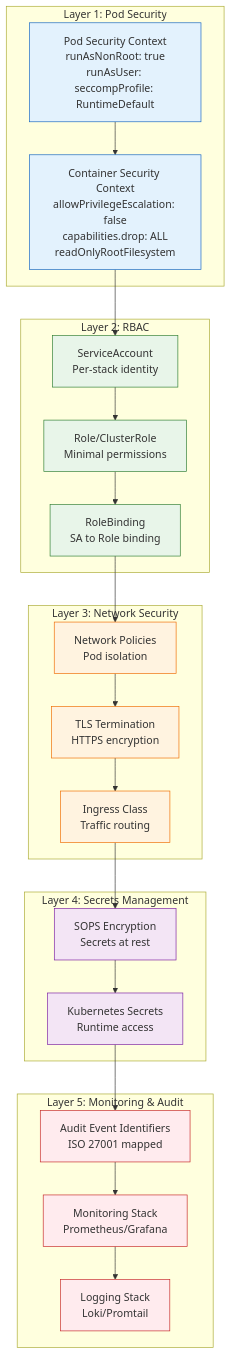
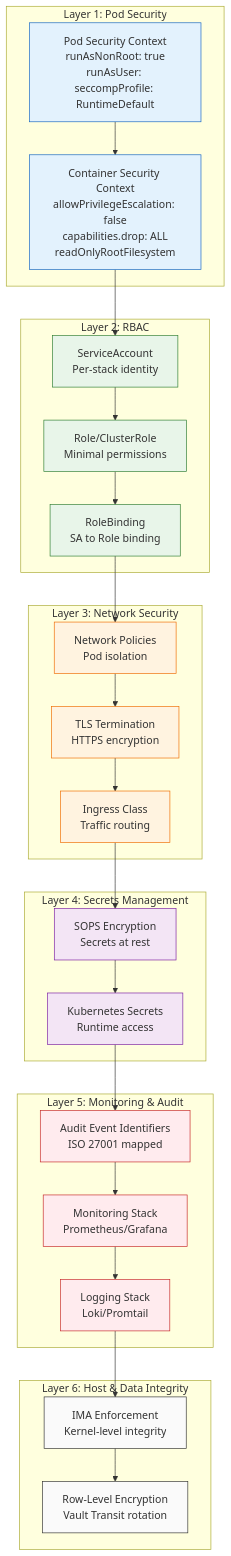
Before and after one commit to allaunthefox/deploy-system-unified: the diagram in docs/deployment/mermaid/07_security_architecture.md, drawn with Mermaid. The commit also changed other lines of this file and 1971 other files, not shown here.

````diff
--- a/docs/deployment/mermaid/07_security_architecture.md
+++ b/docs/deployment/mermaid/07_security_architecture.md
@@ -13,55 +13,64 @@
 ```mermaid
 graph TB
     subgraph "Layer 1: Pod Security"
         PSC["Pod Security Context<br/>runAsNonRoot: true<br/>runAsUser: <app-specific><br/>seccompProfile: RuntimeDefault"]
         CSC["Container Security Context<br/>allowPrivilegeEscalation: false<br/>capabilities.drop: ALL<br/>readOnlyRootFilesystem"]
     end
 
     subgraph "Layer 2: RBAC"
         SA["ServiceAccount<br/>Per-stack identity"]
         ROLE["Role/ClusterRole<br/>Minimal permissions"]
         ROLEBIND["RoleBinding<br/>SA to Role binding"]
     end
 
     subgraph "Layer 3: Network Security"
         NP["Network Policies<br/>Pod isolation"]
         TLS["TLS Termination<br/>HTTPS encryption"]
         ING["Ingress Class<br/>Traffic routing"]
     end
 
     subgraph "Layer 4: Secrets Management"
         SOPS["SOPS Encryption<br/>Secrets at rest"]
         K8S["Kubernetes Secrets<br/>Runtime access"]
     end
 
     subgraph "Layer 5: Monitoring & Audit"
         AUDIT["Audit Event Identifiers<br/>ISO 27001 mapped"]
         MON["Monitoring Stack<br/>Prometheus/Grafana"]
         LOG["Logging Stack<br/>Loki/Promtail"]
     end
 
+    subgraph "Layer 6: Host & Data Integrity"
+        IMA["IMA Enforcement<br/>Kernel-level integrity"]
+        DBE["Row-Level Encryption<br/>Vault Transit rotation"]
+    end
+
     PSC --> CSC
     CSC --> SA
     SA --> ROLE
     ROLE --> ROLEBIND
     ROLEBIND --> NP
     NP --> TLS
     TLS --> ING
     ING --> SOPS
     SOPS --> K8S
     K8S --> AUDIT
     AUDIT --> MON
     MON --> LOG
+    LOG --> IMA
+    IMA --> DBE
 
     classDef layer1 fill:#e3f2fd,stroke:#1565c0
     classDef layer2 fill:#e8f5e9,stroke:#2e7d32
     classDef layer3 fill:#fff3e0,stroke:#ef6c00
     classDef layer4 fill:#f3e5f5,stroke:#7b1fa2
     classDef layer5 fill:#ffebee,stroke:#c62828
+    classDef layer6 fill:#fafafa,stroke:#333333
 
     class PSC,CSC layer1
     class SA,ROLE,ROLEBIND layer2
     class NP,TLS,ING layer3
     class SOPS,K8S layer4
     class AUDIT,MON,LOG layer5
+    class IMA,DBE layer6
 ```
````
